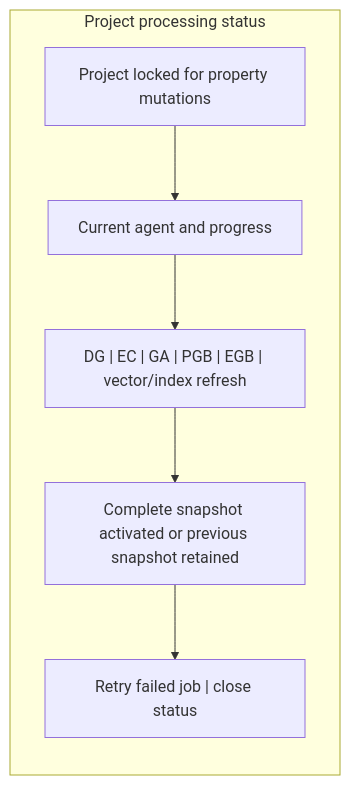
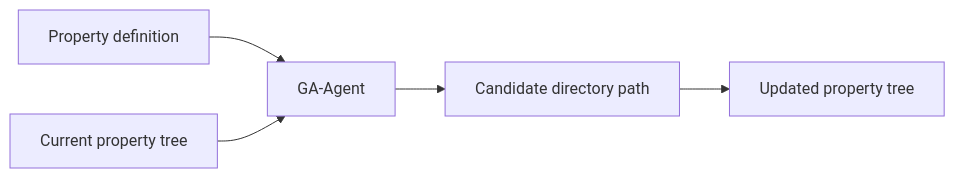
One commit to ATreep/DocSeek changed the seventh of 19 diagrams in docs/superpowers/specs/2026-08-15-docseek-detailed-prd.md. Above: the diagram before and after it, drawn with Mermaid. The commit also changed other lines of this file and 1 other file, not shown here.

Commit message:
docs: revise DocSeek for Neo4j GraphRAG architecture

````diff
--- a/docs/superpowers/specs/2026-08-15-docseek-detailed-prd.md
+++ b/docs/superpowers/specs/2026-08-15-docseek-detailed-prd.md
@@ -202,12 +278,7 @@
 ```mermaid
-flowchart TB
-  subgraph PROCESSING_VIEW["Project processing status"]
-    direction TB
-    LOCKED["Project locked for property mutations"]
-    CURRENT["Current agent and progress"]
-    STAGES["DG | EC | GA | PGB | EGB | vector/index refresh"]
-    RESULT["Complete snapshot activated or previous snapshot retained"]
-    ACTIONS["Retry failed job | close status"]
-  end
-  LOCKED --> CURRENT --> STAGES --> RESULT --> ACTIONS
+flowchart LR
+  DEFINITION["Property definition"] --> GA["GA-Agent"]
+  TREE_CONTEXT["Current property tree"] --> GA
+  GA --> PATH["Candidate directory path"]
+  PATH --> TREE["Updated property tree"]
 ```
````
